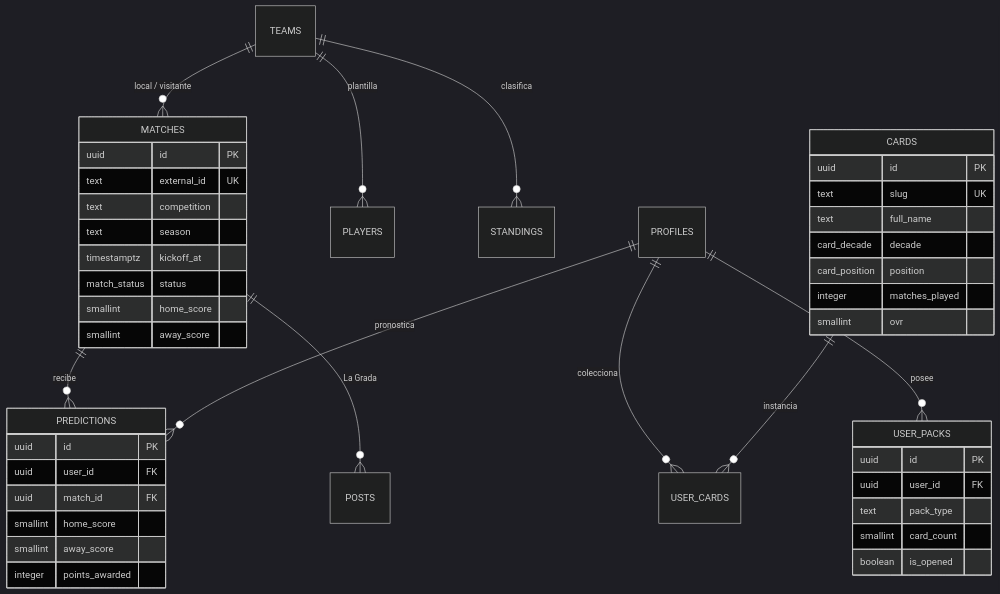
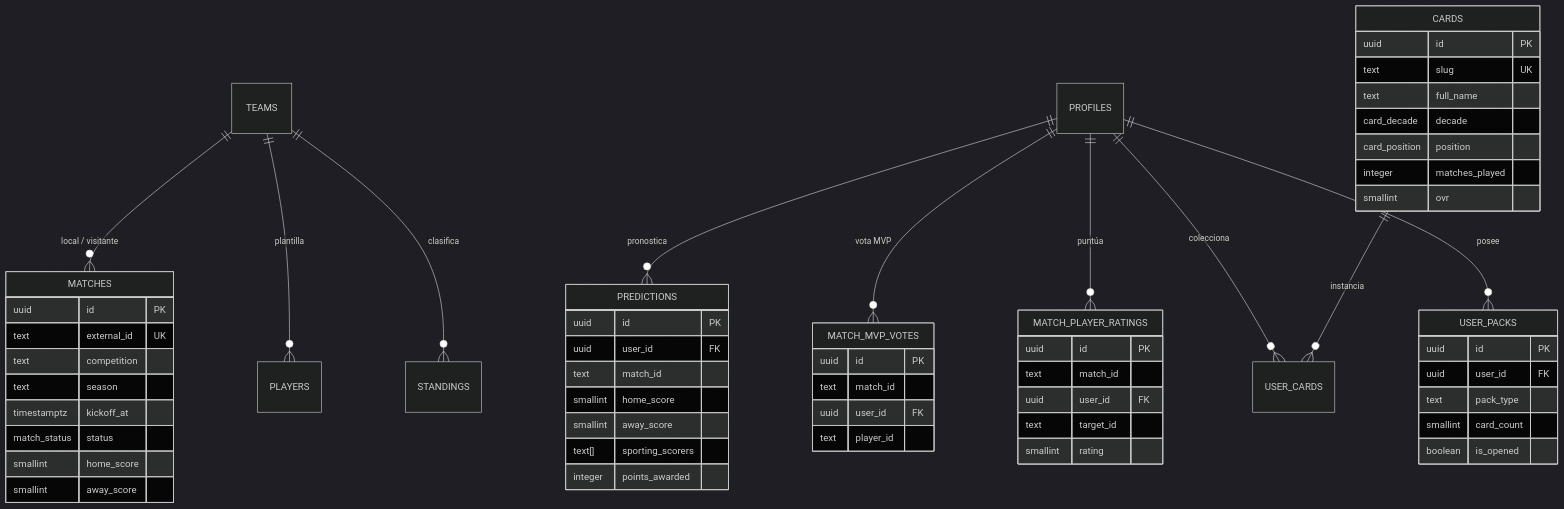
Before and after one commit to MarcoLorenzoMartinez/mareona: diagram 16 of 32 in docs/MEMORIA_TECNICA.md, drawn with Mermaid (dark theme). The commit also changed other lines of this file and 75 other files, not shown here.

````diff
--- a/docs/MEMORIA_TECNICA.md
+++ b/docs/MEMORIA_TECNICA.md
@@ -678,52 +678,67 @@
 ```mermaid
 erDiagram
     TEAMS ||--o{ MATCHES : "local / visitante"
     TEAMS ||--o{ PLAYERS : "plantilla"
     TEAMS ||--o{ STANDINGS : "clasifica"
 
-    MATCHES ||--o{ PREDICTIONS : "recibe"
-    MATCHES ||--o{ POSTS : "La Grada"
-
     PROFILES ||--o{ PREDICTIONS : "pronostica"
+    PROFILES ||--o{ MATCH_MVP_VOTES : "vota MVP"
+    PROFILES ||--o{ MATCH_PLAYER_RATINGS : "puntúa"
     PROFILES ||--o{ USER_CARDS : "colecciona"
     PROFILES ||--o{ USER_PACKS : "posee"
     CARDS ||--o{ USER_CARDS : "instancia"
 
     MATCHES {
         uuid id PK
         text external_id UK
         text competition
         text season
         timestamptz kickoff_at
         match_status status
         smallint home_score
         smallint away_score
     }
 
     PREDICTIONS {
         uuid id PK
         uuid user_id FK
-        uuid match_id FK
+        text match_id
         smallint home_score
         smallint away_score
+        text[] sporting_scorers
         integer points_awarded
+    }
+
+    MATCH_MVP_VOTES {
+        uuid id PK
+        text match_id
+        uuid user_id FK
+        text player_id
+    }
+
+    MATCH_PLAYER_RATINGS {
+        uuid id PK
+        text match_id
+        uuid user_id FK
+        text target_id
+        smallint rating
     }
 
     CARDS {
         uuid id PK
         text slug UK
         text full_name
         card_decade decade
         card_position position
         integer matches_played
         smallint ovr
     }
 
     USER_PACKS {
         uuid id PK
         uuid user_id FK
         text pack_type
         smallint card_count
         boolean is_opened
     }
 ```
````
